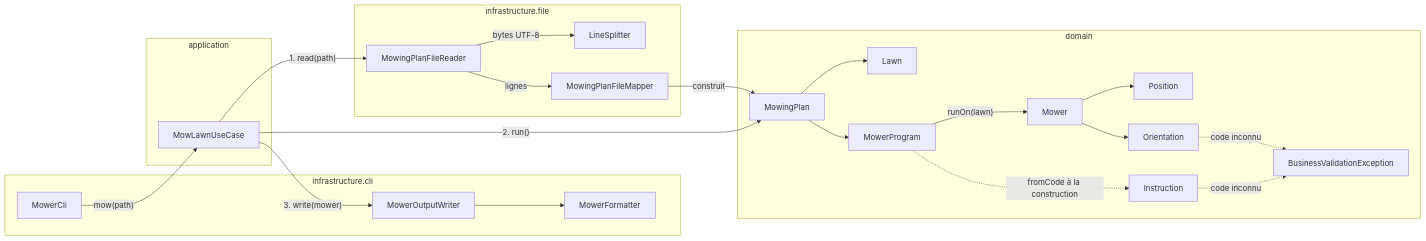
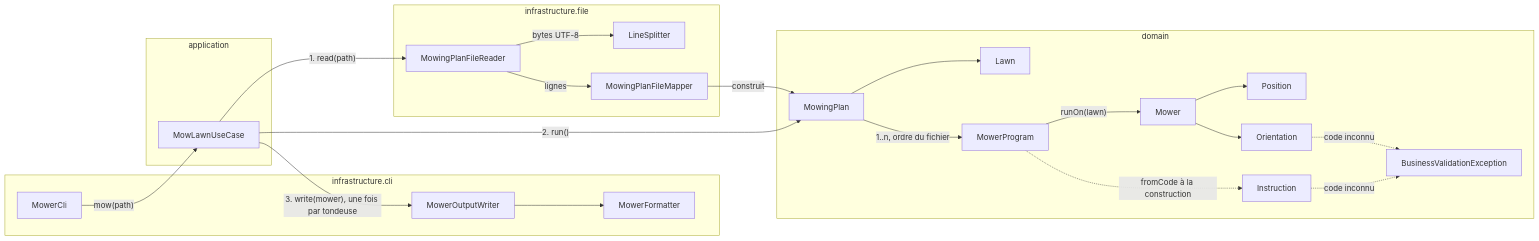
The diagram in docs/architecture.md (dcognet/automower), drawn with Mermaid before and after one commit. The commit also changed other lines of this file and 9 other files, not shown here.

````diff
--- a/docs/architecture.md
+++ b/docs/architecture.md
@@ -15,44 +15,44 @@
 ```mermaid
 flowchart LR
   subgraph infra_cli[infrastructure.cli]
     MowerCli
     MowerOutputWriter
     MowerFormatter
   end
   subgraph app[application]
     MowLawnUseCase
   end
   subgraph infra_file[infrastructure.file]
     MowingPlanFileReader
     LineSplitter
     MowingPlanFileMapper
   end
   subgraph domain[domain]
     MowingPlan
     Lawn
     MowerProgram
     Mower
     Position
     Orientation
     Instruction
     BusinessValidationException
   end
 
   MowerCli -->|"mow(path)"| MowLawnUseCase
   MowLawnUseCase -->|"1. read(path)"| MowingPlanFileReader
   MowingPlanFileReader -->|"bytes UTF-8"| LineSplitter
   MowingPlanFileReader -->|"lignes"| MowingPlanFileMapper
   MowingPlanFileMapper -->|"construit"| MowingPlan
   MowLawnUseCase -->|"2. run()"| MowingPlan
-  MowLawnUseCase -->|"3. write(mower)"| MowerOutputWriter
+  MowLawnUseCase -->|"3. write(mower), une fois par tondeuse"| MowerOutputWriter
   MowerOutputWriter --> MowerFormatter
 
   MowingPlan --> Lawn
-  MowingPlan --> MowerProgram
+  MowingPlan -->|"1..n, ordre du fichier"| MowerProgram
   MowerProgram -->|"runOn(lawn)"| Mower
   Mower --> Position
   Mower --> Orientation
   MowerProgram -.->|"fromCode à la construction"| Instruction
   Orientation -.->|"code inconnu"| BusinessValidationException
   Instruction -.->|"code inconnu"| BusinessValidationException
 ```
````
